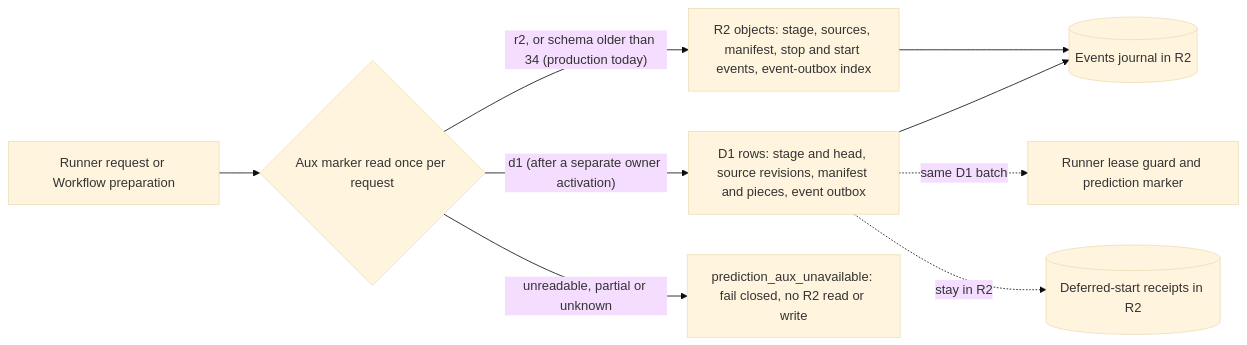
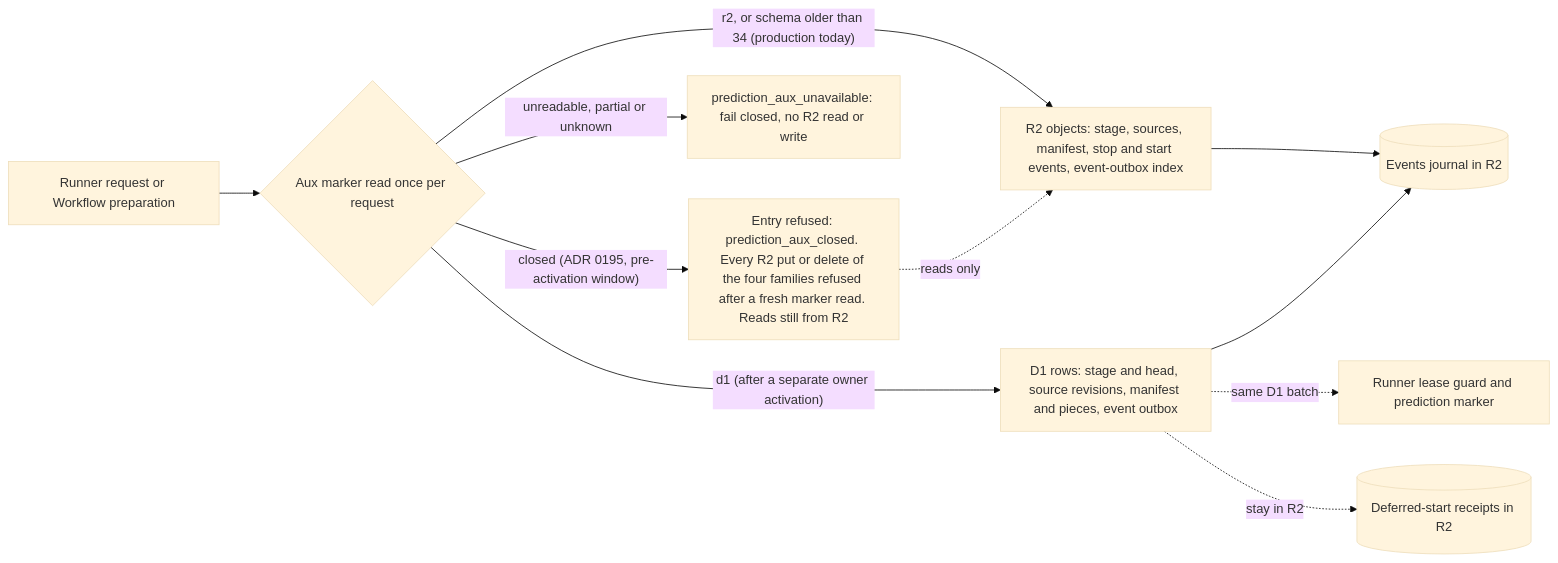
The third of 4 diagrams in docs/architecture/prediction-pipeline.md (vladimino/iptv-watchlist), drawn with Mermaid (base theme) before and after one commit. The commit also changed other lines of this file and 22 other files, not shown here.

First line of the commit message:
AIR-554: closed admission state of the auxiliary prediction marker (ADR 0195)

````diff
--- a/docs/architecture/prediction-pipeline.md
+++ b/docs/architecture/prediction-pipeline.md
@@ -147,11 +147,13 @@
 ```mermaid
 flowchart LR
   req["Runner request or Workflow preparation"] --> marker{"Aux marker read once per request"}
   marker -->|"r2, or schema older than 34 (production today)"| legacy["R2 objects: stage, sources, manifest, stop and start events, event-outbox index"]
   marker -->|"d1 (after a separate owner activation)"| rows["D1 rows: stage and head, source revisions, manifest and pieces, event outbox"]
-  marker -->|"unreadable, partial or unknown"| closed["prediction_aux_unavailable: fail closed, no R2 read or write"]
+  marker -->|"closed (ADR 0195, pre-activation window)"| shut["Entry refused: prediction_aux_closed. Every R2 put or delete of the four families refused after a fresh marker read. Reads still from R2"]
+  marker -->|"unreadable, partial or unknown"| unavail["prediction_aux_unavailable: fail closed, no R2 read or write"]
+  shut -. "reads only" .-> legacy
   legacy --> journal[("Events journal in R2")]
   rows --> journal
   rows -. "same D1 batch" .-> lease["Runner lease guard and prediction marker"]
   rows -. "stay in R2" .-> receipts[("Deferred-start receipts in R2")]
 ```
````
